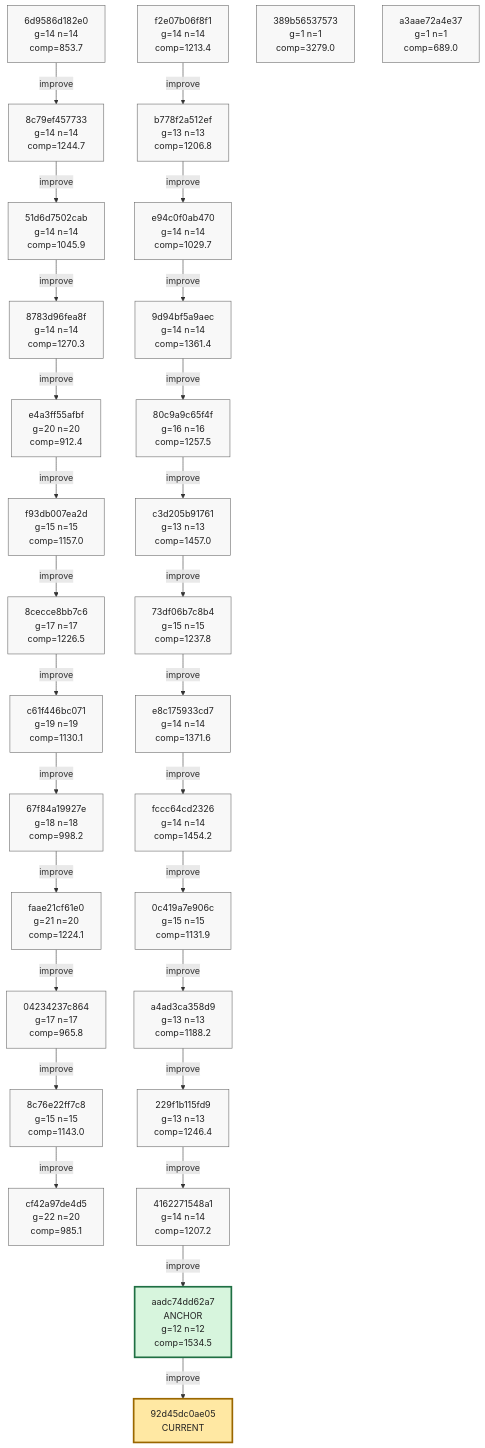
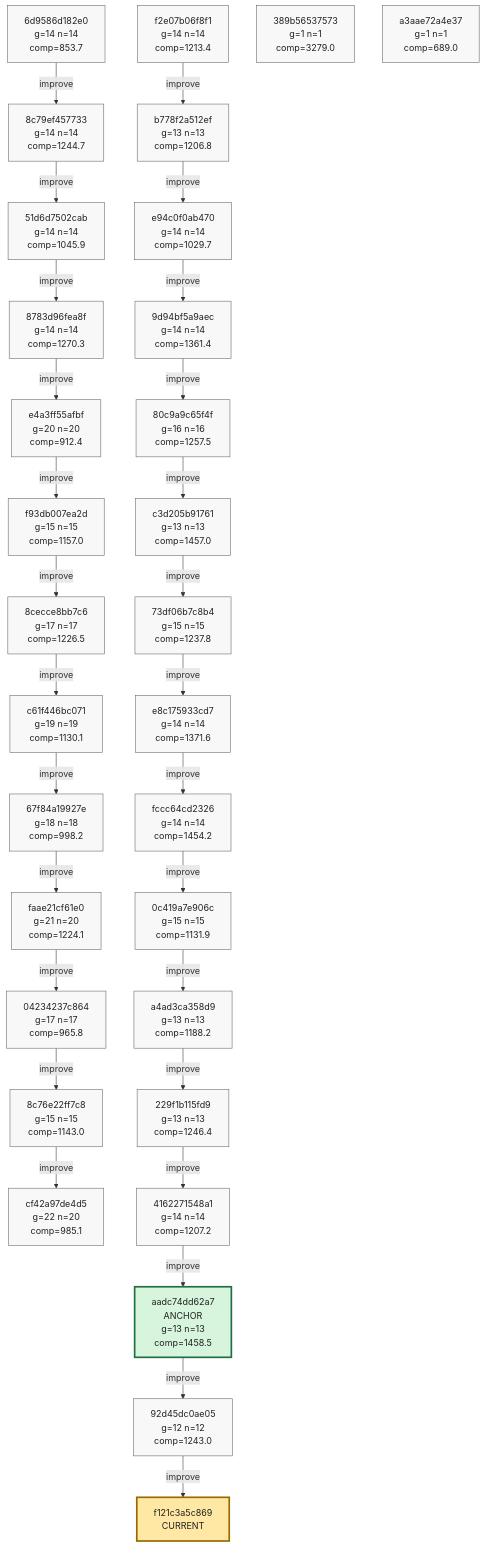
The eighth of 8 diagrams in phyrogenetic-tree.md (azumag/soviet_now), drawn with Mermaid before and after one commit. The commit also changed other lines of this file and 2 other files, not shown here.

Commit message:
eloop Improve after 12 games (scores: 1849 1737 1314 1408 1294 1548 964 896 1059 776 1941 1544)

````diff
--- a/phyrogenetic-tree.md
+++ b/phyrogenetic-tree.md
@@ -1940,10 +1940,11 @@
     h_a4ad3ca358d9["a4ad3ca358d9<br/>g=13 n=13<br/>comp=1188.2"]
     h_229f1b115fd9["229f1b115fd9<br/>g=13 n=13<br/>comp=1246.4"]
     h_4162271548a1["4162271548a1<br/>g=14 n=14<br/>comp=1207.2"]
-    h_aadc74dd62a7["aadc74dd62a7<br/>ANCHOR<br/>g=12 n=12<br/>comp=1534.5"]
+    h_aadc74dd62a7["aadc74dd62a7<br/>ANCHOR<br/>g=13 n=13<br/>comp=1458.5"]
+    h_92d45dc0ae05["92d45dc0ae05<br/>g=12 n=12<br/>comp=1243.0"]
     h_389b56537573["389b56537573<br/>g=1 n=1<br/>comp=3279.0"]
     h_a3aae72a4e37["a3aae72a4e37<br/>g=1 n=1<br/>comp=689.0"]
-    h_92d45dc0ae05["92d45dc0ae05<br/>CURRENT"]
+    h_f121c3a5c869["f121c3a5c869<br/>CURRENT"]
 
     h_6d9586d182e0 -->|improve| h_8c79ef457733
     h_8c79ef457733 -->|improve| h_51d6d7502cab
@@ -1971,6 +1972,7 @@
     h_229f1b115fd9 -->|improve| h_4162271548a1
     h_4162271548a1 -->|improve| h_aadc74dd62a7
     h_aadc74dd62a7 -->|improve| h_92d45dc0ae05
+    h_92d45dc0ae05 -->|improve| h_f121c3a5c869
 
     classDef plain fill:#f8f8f8,stroke:#666,stroke-width:1px,color:#222;
     classDef current fill:#ffe8a3,stroke:#9a6700,stroke-width:3px,color:#222;
@@ -2004,7 +2006,8 @@
     class h_229f1b115fd9 plain;
     class h_4162271548a1 plain;
     class h_aadc74dd62a7 anchor;
+    class h_92d45dc0ae05 plain;
     class h_389b56537573 plain;
     class h_a3aae72a4e37 plain;
-    class h_92d45dc0ae05 current;
+    class h_f121c3a5c869 current;
 ```
````
